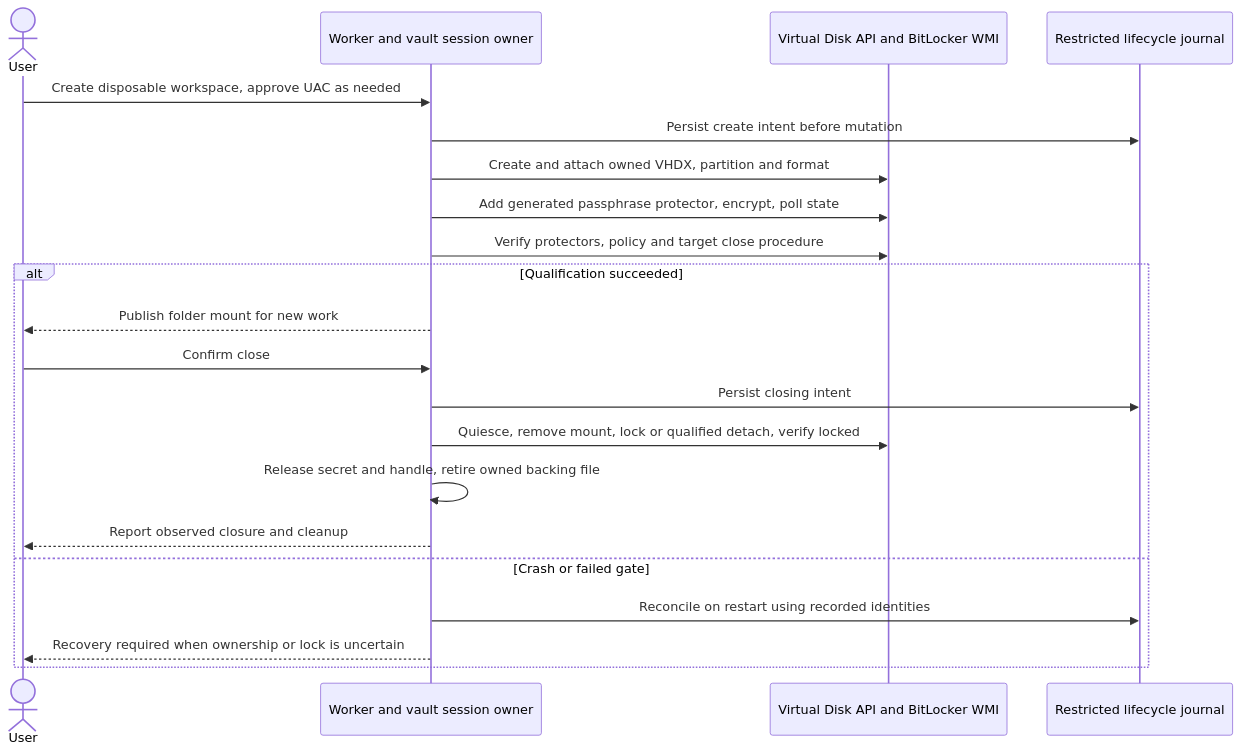
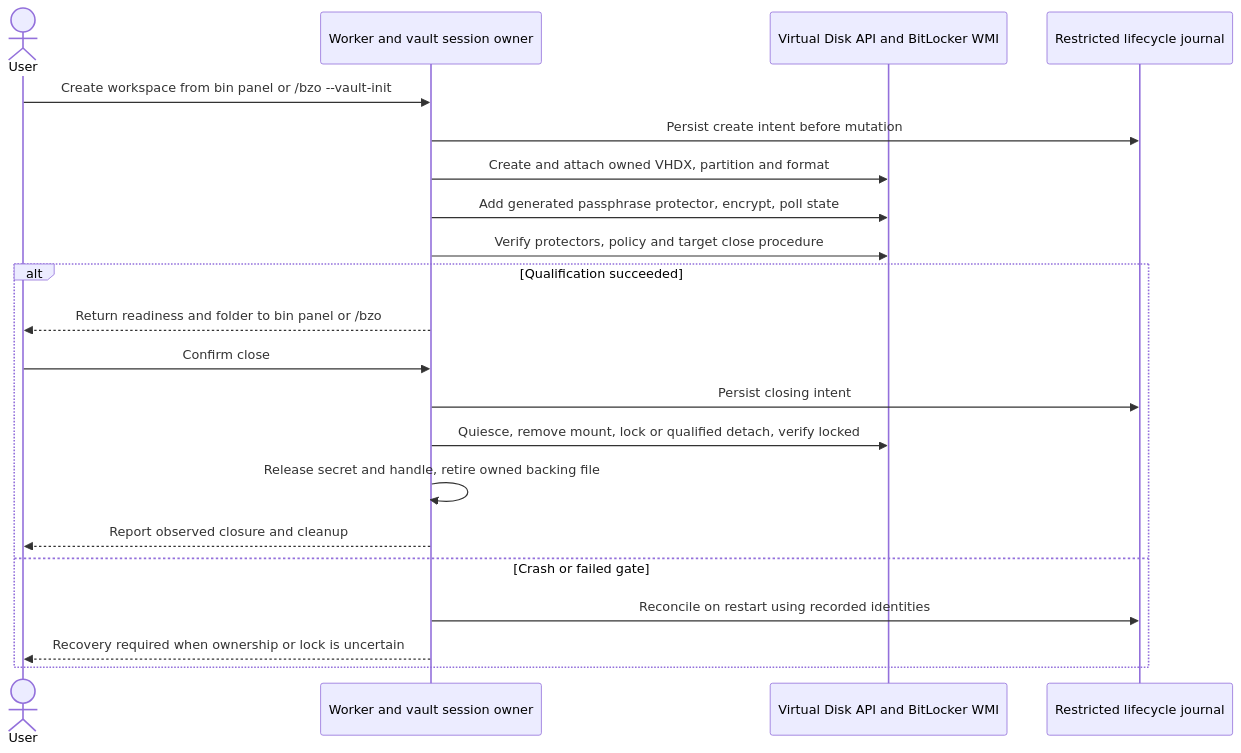
Before and after one commit to sanjayrv-dev/belowZero: the second of 2 diagrams in docs/02_SYSTEM_ARCHITECTURE.md, drawn with Mermaid. The commit also changed other lines of this file and 3 other files, not shown here.

Commit message:
docs: update architecture and planning docs

````diff
--- a/docs/02_SYSTEM_ARCHITECTURE.md
+++ b/docs/02_SYSTEM_ARCHITECTURE.md
@@ -61,23 +84,23 @@
 ```mermaid
 sequenceDiagram
     actor U as User
     participant W as Worker and vault session owner
     participant V as Virtual Disk API and BitLocker WMI
     participant J as Restricted lifecycle journal
-    U->>W: Create disposable workspace, approve UAC as needed
+    U->>W: Create workspace from bin panel or /bzo --vault-init
     W->>J: Persist create intent before mutation
     W->>V: Create and attach owned VHDX, partition and format
     W->>V: Add generated passphrase protector, encrypt, poll state
     W->>V: Verify protectors, policy and target close procedure
     alt Qualification succeeded
-        W-->>U: Publish folder mount for new work
+        W-->>U: Return readiness and folder to bin panel or /bzo
         U->>W: Confirm close
         W->>J: Persist closing intent
         W->>V: Quiesce, remove mount, lock or qualified detach, verify locked
         W->>W: Release secret and handle, retire owned backing file
         W-->>U: Report observed closure and cleanup
     else Crash or failed gate
         W->>J: Reconcile on restart using recorded identities
         W-->>U: Recovery required when ownership or lock is uncertain
     end
 ```
````
